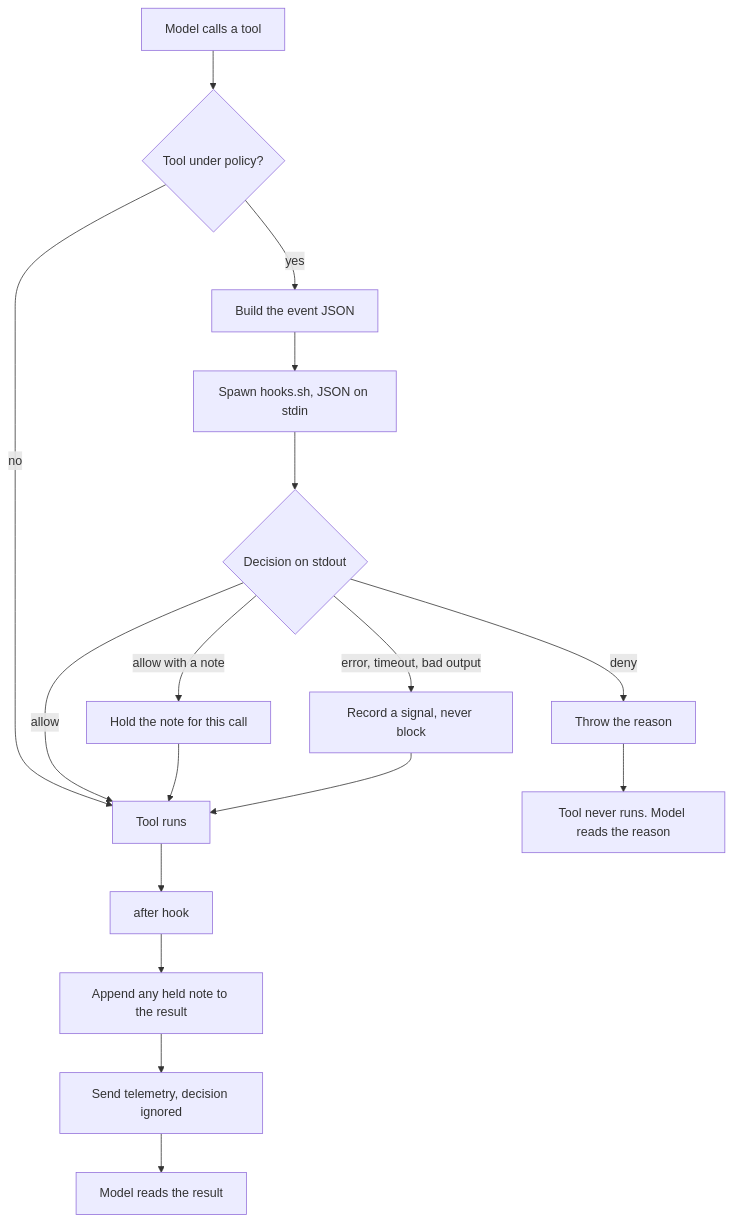
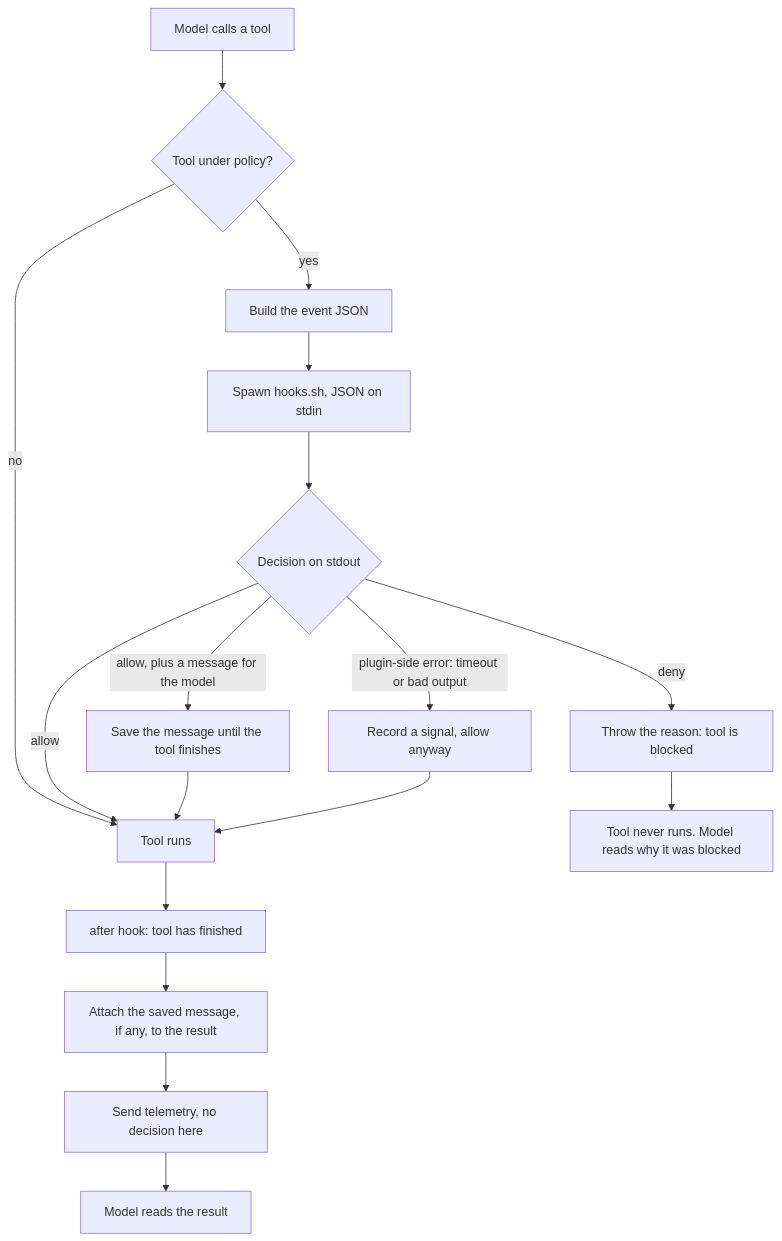
One commit to Armor1AI/plugin-hooks changed the diagram in opencode/README.md. Above: the diagram before and after it, drawn with Mermaid. The commit also changed other lines of this file and 19 other files, not shown here.

````diff
--- a/opencode/README.md
+++ b/opencode/README.md
@@ -26,22 +26,22 @@
 ```mermaid
 flowchart TD
     A[Model calls a tool] --> B{Tool under policy?}
     B -- no --> RUN[Tool runs]
     B -- yes --> C[Build the event JSON]
     C --> D[Spawn hooks.sh, JSON on stdin]
     D --> E{Decision on stdout}
 
-    E -- deny --> F[Throw the reason]
-    F --> X[Tool never runs. Model reads the reason]
+    E -- deny --> F[Throw the reason: tool is blocked]
+    F --> X[Tool never runs. Model reads why it was blocked]
 
     E -- allow --> RUN
-    E -- allow with a note --> G[Hold the note for this call]
+    E -- allow, plus a message for the model --> G[Save the message until the tool finishes]
     G --> RUN
-    E -- error, timeout, bad output --> H[Record a signal, never block]
+    E -- plugin-side error: timeout or bad output --> H[Record a signal, allow anyway]
     H --> RUN
 
-    RUN --> I[after hook]
-    I --> J[Append any held note to the result]
-    J --> K[Send telemetry, decision ignored]
+    RUN --> I[after hook: tool has finished]
+    I --> J[Attach the saved message, if any, to the result]
+    J --> K[Send telemetry, no decision here]
     K --> L[Model reads the result]
 ```
````
